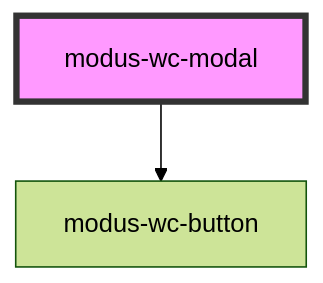
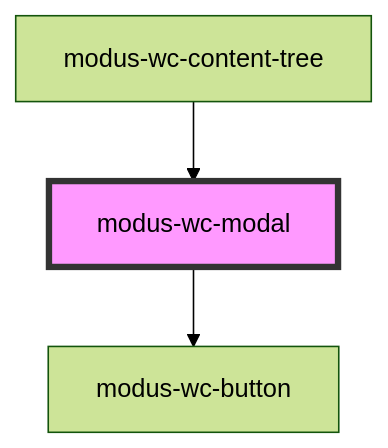
One commit to trimble-oss/modus-wc-2.0 changed the diagram in src/components/modus-wc-modal/readme.md. Above: the diagram before and after it, drawn with Mermaid (forest theme). The commit also changed other lines of this file and 20 other files, not shown here.

````diff
--- a/src/components/modus-wc-modal/readme.md
+++ b/src/components/modus-wc-modal/readme.md
@@ -34,5 +38,6 @@
 ```mermaid
 graph TD;
   modus-wc-modal --> modus-wc-button
+  modus-wc-content-tree --> modus-wc-modal
   style modus-wc-modal fill:#f9f,stroke:#333,stroke-width:4px
 ```
````
